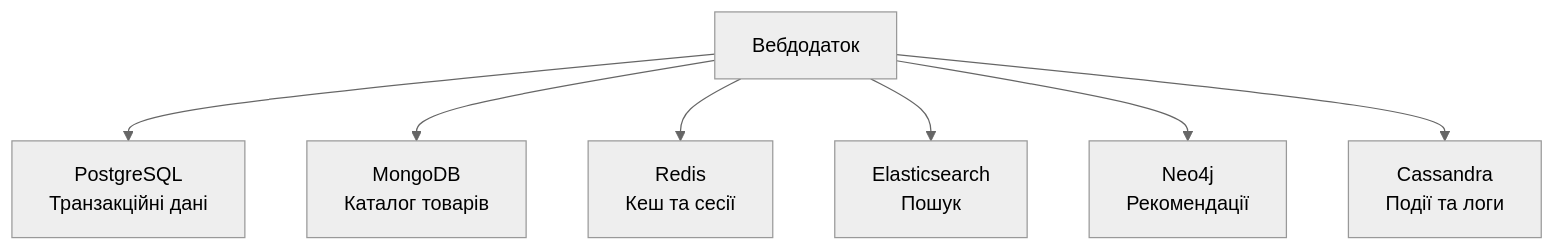
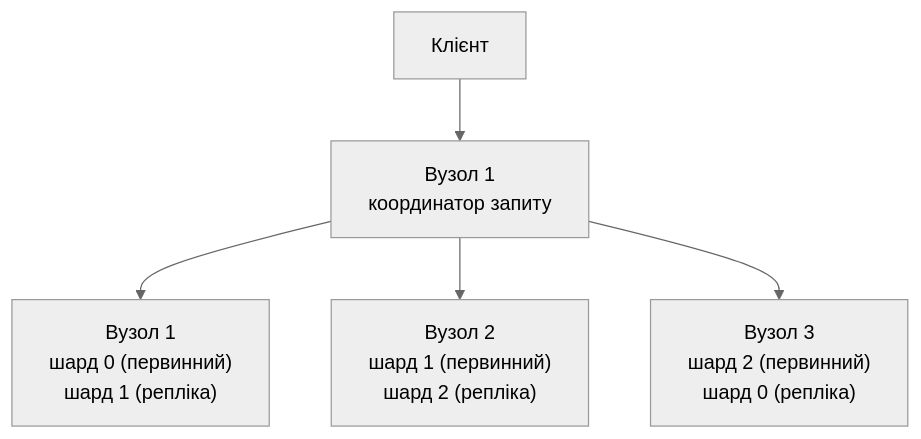
Before and after one commit to olroi421/course-bd: the second of 3 diagrams in lectures/lecture-11.md, drawn with Mermaid (neutral theme). The commit also changed other lines of this file and 10 other files, not shown here.

````diff
--- a/lectures/lecture-11.md
+++ b/lectures/lecture-11.md
@@ -792,9 +111,7 @@
 ```mermaid
 graph TB
-    A[Вебдодаток] --> B[PostgreSQL<br/>Транзакційні дані]
-    A --> C[MongoDB<br/>Каталог товарів]
-    A --> D[Redis<br/>Кеш та сесії]
-    A --> E[Elasticsearch<br/>Пошук]
-    A --> F[Neo4j<br/>Рекомендації]
-    A --> G[Cassandra<br/>Події та логи]
+    A["Клієнт"] --> B["Вузол 1<br/>координатор запиту"]
+    B --> C["Вузол 1<br/>шард 0 (первинний)<br/>шард 1 (репліка)"]
+    B --> D["Вузол 2<br/>шард 1 (первинний)<br/>шард 2 (репліка)"]
+    B --> E["Вузол 3<br/>шард 2 (первинний)<br/>шард 0 (репліка)"]
 ```
````
